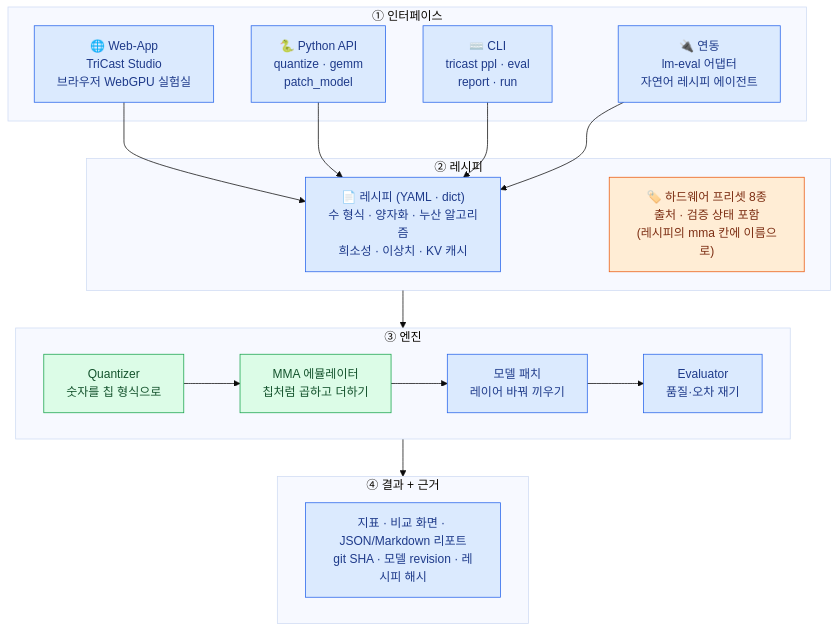
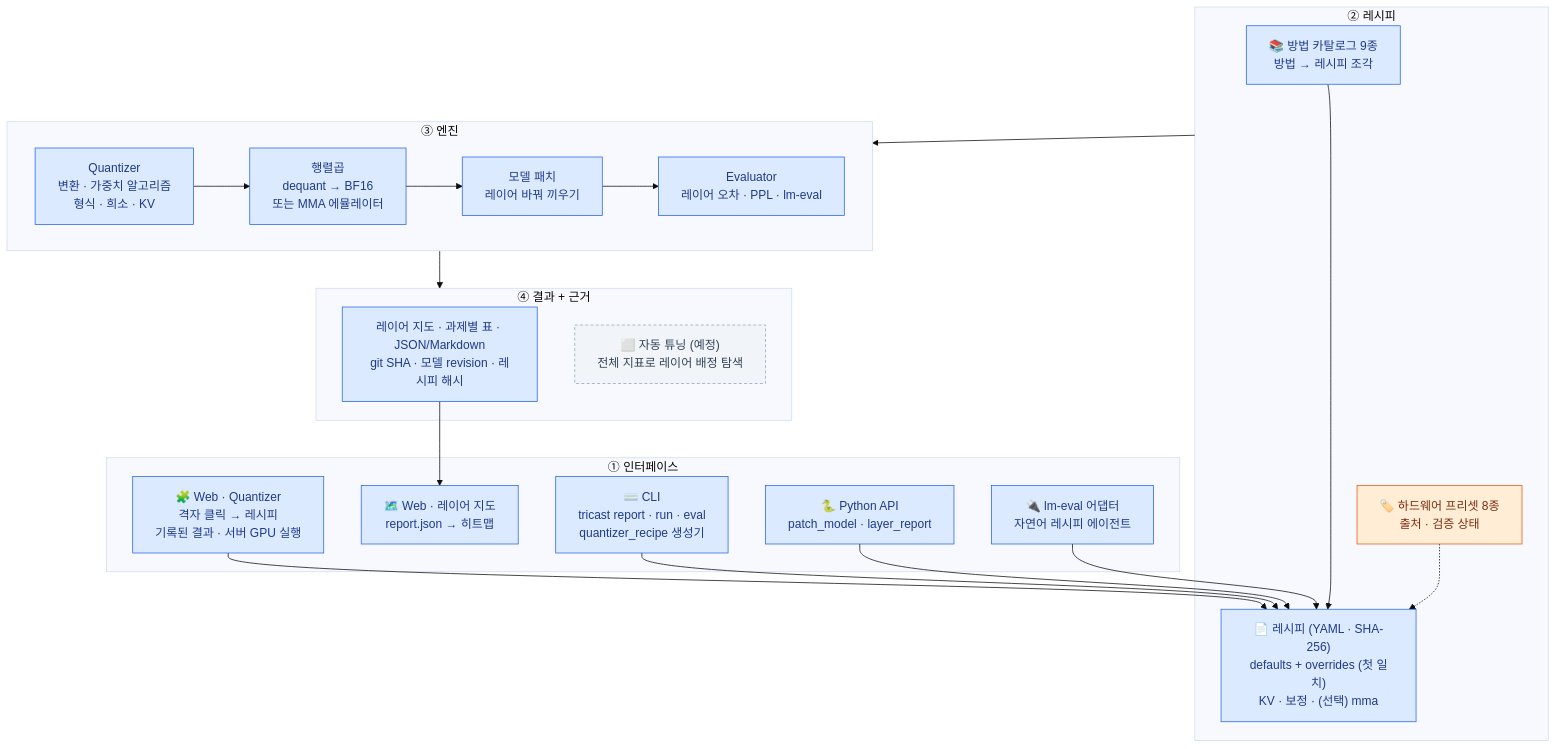
One commit to Youngmin17/TriCast changed the first of 6 diagrams in docs/SPEC.md. Above: the diagram before and after it, drawn with Mermaid (base theme). The commit also changed other lines of this file and 7 other files, not shown here.

````diff
--- a/docs/SPEC.md
+++ b/docs/SPEC.md
@@ -62,30 +68,35 @@
 ```mermaid
 flowchart TB
     subgraph L1["① 인터페이스"]
-      W["🌐 Web-App<br/>TriCast Studio<br/>브라우저 WebGPU 실험실"]
-      P["🐍 Python API<br/>quantize · gemm<br/>patch_model"]
-      C["⌨️ CLI<br/>tricast ppl · eval<br/>report · run"]
-      I["🔌 연동<br/>lm-eval 어댑터<br/>자연어 레시피 에이전트"]
+      Q["🧩 Web · Quantizer<br/>격자 클릭 → 레시피<br/>기록된 결과 · 서버 GPU 실행"]
+      LM["🗺️ Web · 레이어 지도<br/>report.json → 히트맵"]
+      C["⌨️ CLI<br/>tricast report · run · eval<br/>quantizer_recipe 생성기"]
+      P["🐍 Python API<br/>patch_model · layer_report"]
+      I["🔌 lm-eval 어댑터<br/>자연어 레시피 에이전트"]
     end
     subgraph L2["② 레시피"]
-      R["📄 레시피 (YAML · dict)<br/>수 형식 · 양자화 · 누산 알고리즘<br/>희소성 · 이상치 · KV 캐시"]
-      H["🏷️ 하드웨어 프리셋 8종<br/>출처 · 검증 상태 포함<br/>(레시피의 mma 칸에 이름으로)"]
+      MC["📚 방법 카탈로그 9종<br/>방법 → 레시피 조각"]
+      R["📄 레시피 (YAML · SHA-256)<br/>defaults + overrides (첫 일치)<br/>KV · 보정 · (선택) mma"]
+      H["🏷️ 하드웨어 프리셋 8종<br/>출처 · 검증 상태"]
     end
     subgraph L3["③ 엔진"]
       direction LR
-      Q["Quantizer<br/>숫자를 칩 형식으로"] --> M["MMA 에뮬레이터<br/>칩처럼 곱하고 더하기"] --> MP["모델 패치<br/>레이어 바꿔 끼우기"] --> E["Evaluator<br/>품질·오차 재기"]
+      QZ["Quantizer<br/>변환 · 가중치 알고리즘<br/>형식 · 희소 · KV"] --> MM["행렬곱<br/>dequant → BF16<br/>또는 MMA 에뮬레이터"] --> MP["모델 패치<br/>레이어 바꿔 끼우기"] --> E["Evaluator<br/>레이어 오차 · PPL · lm-eval"]
     end
     subgraph L4["④ 결과 + 근거"]
-      O["지표 · 비교 화면 · JSON/Markdown 리포트<br/>git SHA · 모델 revision · 레시피 해시"]
+      O["레이어 지도 · 과제별 표 · JSON/Markdown<br/>git SHA · 모델 revision · 레시피 해시"]
+      AT["⬜ 자동 튜닝 (예정)<br/>전체 지표로 레이어 배정 탐색"]
     end
-    W & P & C & I --> R
-    I ~~~ H
-    L2 --> L3
-    L3 --> L4
+    Q & C & P & I --> R
+    MC --> R
+    H -.-> R
+    L2 --> L3 --> L4
+    O --> LM
     classDef ok fill:#dcfce7,stroke:#16a34a,color:#14532d
     classDef impl fill:#dbeafe,stroke:#2563eb,color:#1e3a8a
     classDef part fill:#ffedd5,stroke:#ea580c,color:#7c2d12
-    class Q,M ok
-    class W,P,C,I,R,MP,E,O impl
+    classDef plan fill:#f1f5f9,stroke:#94a3b8,color:#334155,stroke-dasharray: 4 3
+    class Q,LM,C,P,I,MC,R,QZ,MM,MP,E,O impl
     class H part
+    class AT plan
 ```
````
